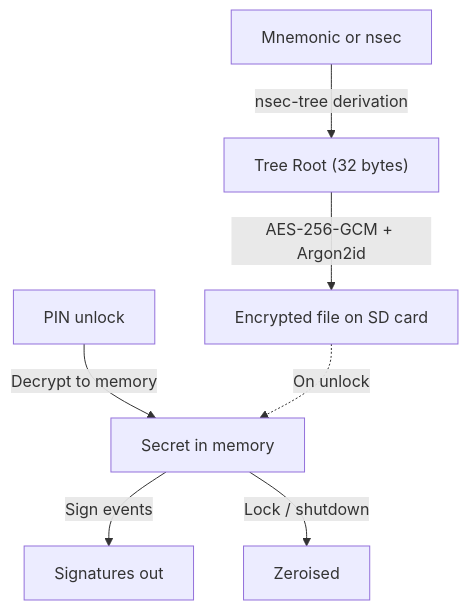
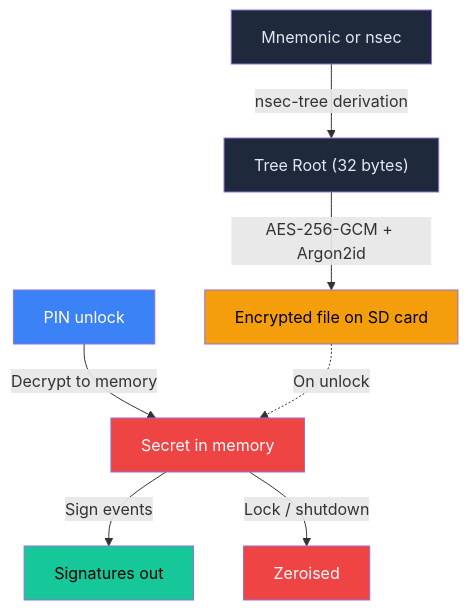
Before and after one commit to forgesworn/heartwood: the fourth of 6 diagrams in docs/ECOSYSTEM.md, drawn with Mermaid. The commit also changed other lines of this file, not shown here.

First line of the commit message:
style: apply ForgeSworn colour palette to ecosystem diagrams

````diff
--- a/docs/ECOSYSTEM.md
+++ b/docs/ECOSYSTEM.md
@@ -136,9 +147,17 @@
 ```mermaid
 graph TB
     M["Mnemonic or nsec"] -->|"nsec-tree derivation"| TR["Tree Root (32 bytes)"]
     TR -->|"AES-256-GCM + Argon2id"| EF["Encrypted file on SD card"]
     PIN["PIN unlock"] -->|"Decrypt to memory"| MEM["Secret in memory"]
     MEM -->|"Sign events"| SIG["Signatures out"]
     MEM -->|"Lock / shutdown"| Z["Zeroised"]
     EF -.->|"On unlock"| MEM
+
+    style M fill:#1e293b,color:#e2e8f0
+    style TR fill:#1e293b,color:#e2e8f0
+    style EF fill:#f59e0b,color:#000
+    style PIN fill:#3b82f6,color:#fff
+    style MEM fill:#ef4444,color:#fff
+    style SIG fill:#16c79a,color:#000
+    style Z fill:#ef4444,color:#fff
 ```
````
